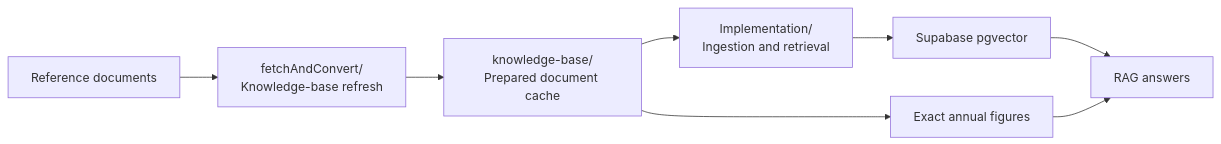
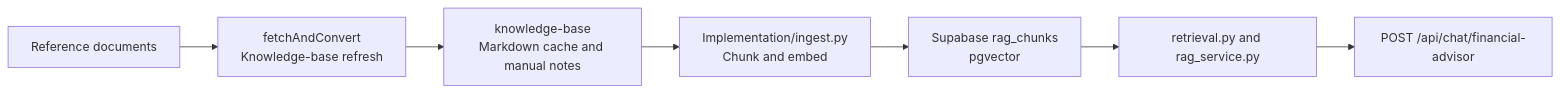
Before and after one commit to YongHui-X/fireBuddy: the diagram in README.md, drawn with Mermaid. The commit also changed other lines of this file and 2 other files, not shown here.

````diff
--- a/README.md
+++ b/README.md
@@ -29,10 +65,9 @@
 ```mermaid
 graph LR
-  A["Reference documents"] --> B["fetchAndConvert/<br/>Knowledge-base refresh"]
-  B --> C["knowledge-base/<br/>Prepared document cache"]
-  C --> D["Implementation/<br/>Ingestion and retrieval"]
-  D --> E["Supabase pgvector"]
-  E --> F["RAG answers"]
-  C --> G["Exact annual figures"]
-  G --> F
+  A["Reference documents"] --> B["fetchAndConvert<br/>Knowledge-base refresh"]
+  B --> C["knowledge-base<br/>Markdown cache and manual notes"]
+  C --> D["Implementation/ingest.py<br/>Chunk and embed"]
+  D --> E["Supabase rag_chunks<br/>pgvector"]
+  E --> F["retrieval.py and rag_service.py"]
+  F --> G["POST /api/chat/financial-advisor"]
 ```
````
